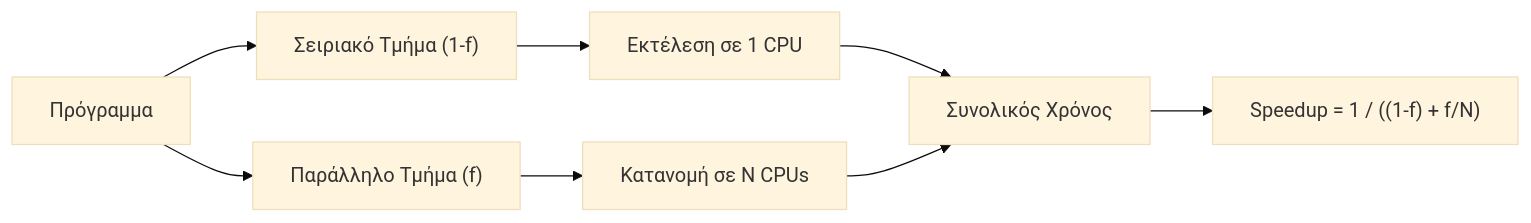
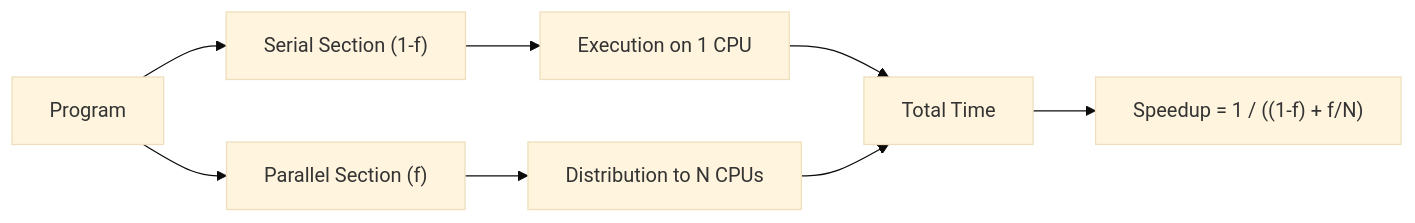
The second of 15 diagrams in Year_2/Semester_3/COMPUTER_ARCHITECTURE/Resources/Notes/Multicore-Processors-Notes-11.md (PanagopoulosNikolaos/DitOpenNotes), drawn with Mermaid (base theme) before and after one commit. The commit also changed other lines of this file and 50 other files, not shown here.

````diff
--- a/Year_2/Semester_3/COMPUTER_ARCHITECTURE/Resources/Notes/Multicore-Processors-Notes-11.md
+++ b/Year_2/Semester_3/COMPUTER_ARCHITECTURE/Resources/Notes/Multicore-Processors-Notes-11.md
@@ -131,11 +131,11 @@
 ```mermaid
 graph LR
-    A[Πρόγραμμα] --> B["Σειριακό Τμήμα (1-f)"]
-    A --> C["Παράλληλο Τμήμα (f)"]
-    B --> D[Εκτέλεση σε 1 CPU]
-    C --> E["Κατανομή σε N CPUs"]
-    D --> F[Συνολικός Χρόνος]
+    A[Program] --> B["Serial Section (1-f)"]
+    A --> C["Parallel Section (f)"]
+    B --> D[Execution on 1 CPU]
+    C --> E["Distribution to N CPUs"]
+    D --> F[Total Time]
     E --> F
     F --> G["Speedup = 1 / ((1-f) + f/N)"]
 
 ```
````
